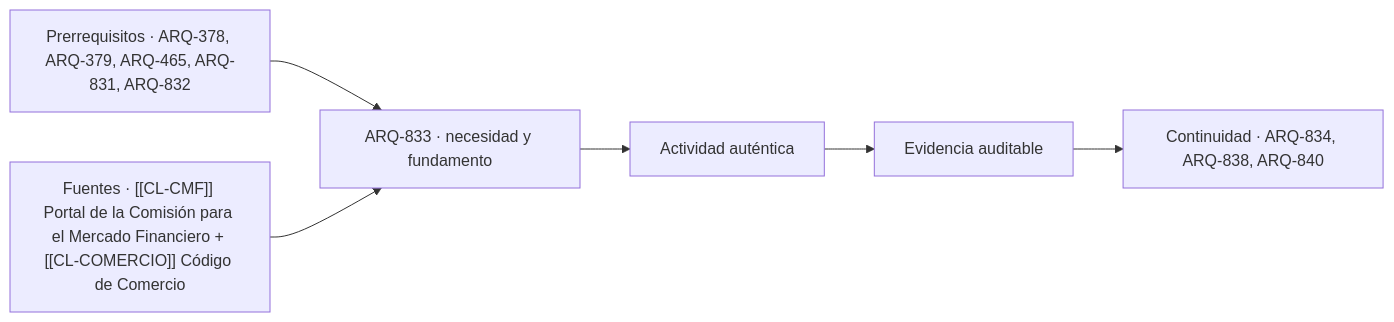
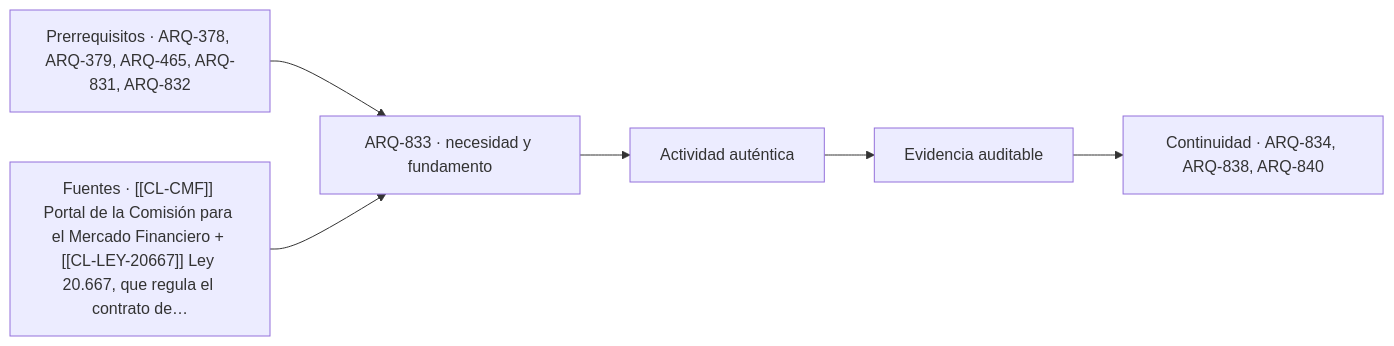
The second of 2 diagrams in classes/parte-84/ARQ-833.md (vladimiracunadev-create/architecture-built-environment-learning-program), drawn with Mermaid before and after one commit. The commit also changed other lines of this file and 36 other files, not shown here.

````diff
--- a/classes/parte-84/ARQ-833.md
+++ b/classes/parte-84/ARQ-833.md
@@ -100,8 +124,8 @@
 ```mermaid
 flowchart LR
     A["Prerrequisitos · ARQ-378, ARQ-379, ARQ-465, ARQ-831, ARQ-832"] --> B["ARQ-833 · necesidad y fundamento"]
-    S["Fuentes · [[CL-CMF]] Portal de la Comisión para el Mercado Financiero + [[CL-COMERCIO]] Código de Comercio"] --> B
+    S["Fuentes · [[CL-CMF]] Portal de la Comisión para el Mercado Financiero + [[CL-LEY-20667]] Ley 20.667, que regula el contrato de…"] --> B
     B --> C["Actividad auténtica"]
     C --> D["Evidencia auditable"]
     D --> E["Continuidad · ARQ-834, ARQ-838, ARQ-840"]
 ```
````
